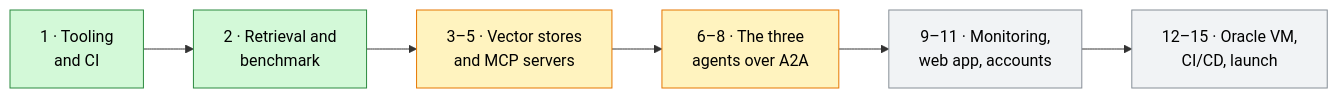
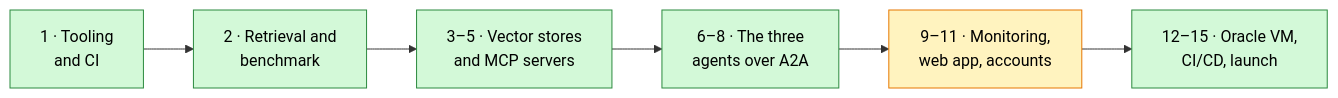
One commit to BijanProjects/RAGMed changed the eighth of 8 diagrams in README.md. Above: the diagram before and after it, drawn with Mermaid. The commit also changed other lines of this file, not shown here.

````diff
--- a/README.md
+++ b/README.md
@@ -448,12 +489,12 @@
 ```mermaid
 flowchart LR
     P1["1 · Tooling<br/>and CI"]:::done --> P2["2 · Retrieval and<br/>benchmark"]:::done
-    P2 --> P3["3–5 · Vector stores<br/>and MCP servers"]:::now
-    P3 --> P4["6–8 · The three<br/>agents over A2A"]:::now
-    P4 --> P5["9–11 · Monitoring,<br/>web app, accounts"]:::todo
-    P5 --> P6["12–15 · Oracle VM,<br/>CI/CD, launch"]:::todo
+    P2 --> P3["3–5 · Vector stores<br/>and MCP servers"]:::done
+    P3 --> P4["6–8 · The three<br/>agents over A2A"]:::done
+    P4 --> P5["9–11 · Monitoring,<br/>web app, accounts"]:::now
+    P5 --> P6["12–15 · Oracle VM,<br/>CI/CD, launch"]:::done
 
     classDef done fill:#d3f9d8,stroke:#2b8a3e,color:#000
     classDef now fill:#fff3bf,stroke:#e67700,color:#000
     classDef todo fill:#f1f3f5,stroke:#868e96,color:#000
 ```
````
